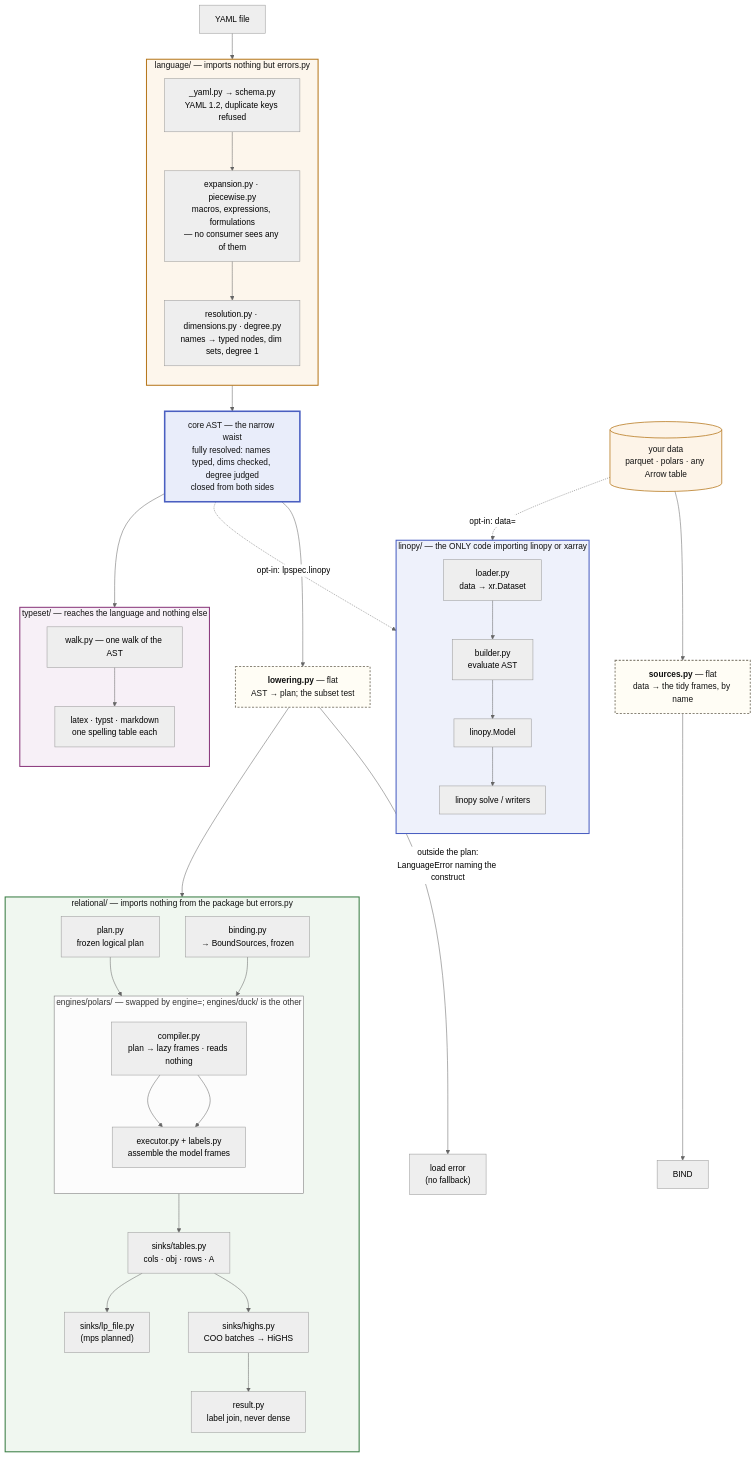
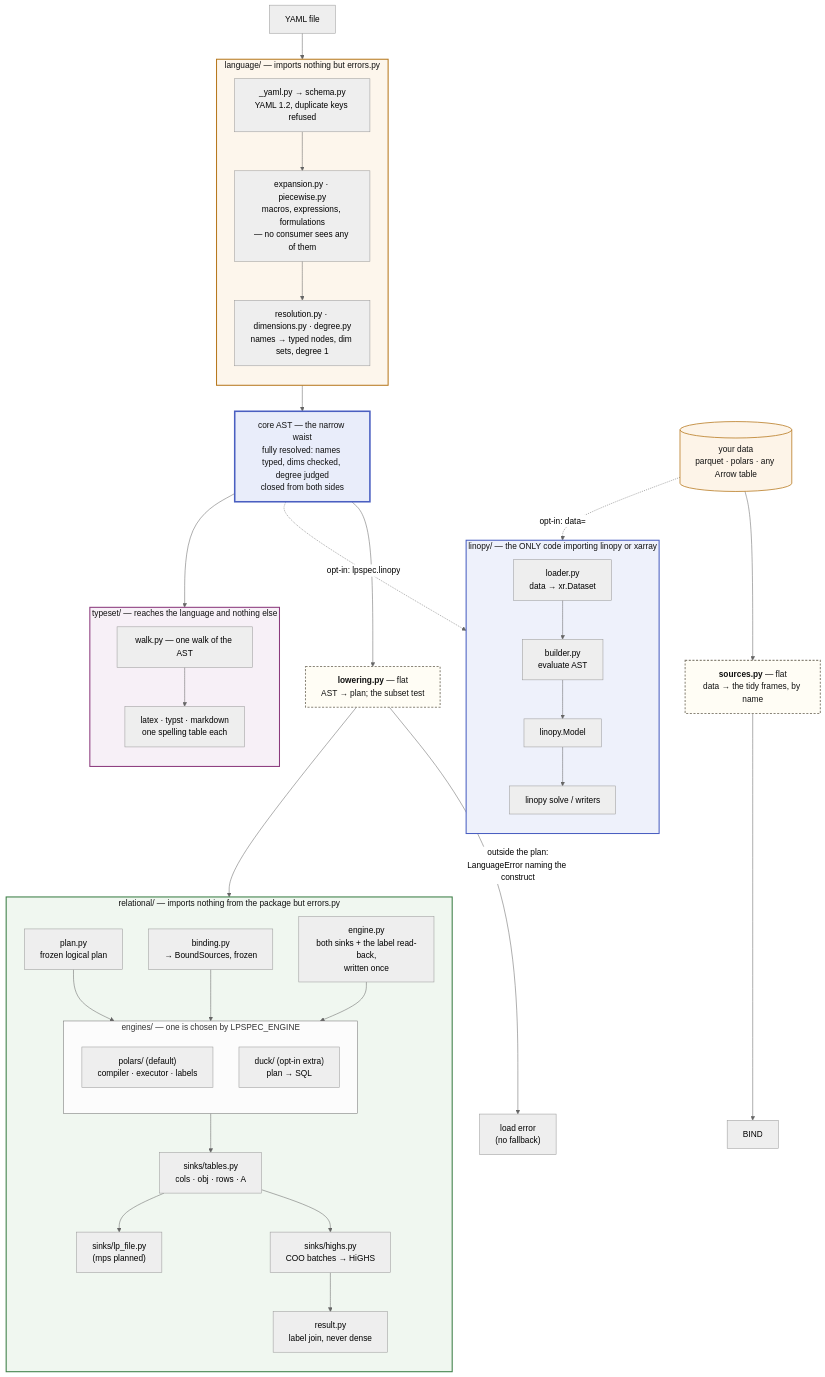
One commit to FBumann/farkas changed the first of 2 diagrams in docs/ARCHITECTURE.md. Above: the diagram before and after it, drawn with Mermaid (neutral theme). The commit also changed other lines of this file and 3 other files, not shown here.

````diff
--- a/docs/ARCHITECTURE.md
+++ b/docs/ARCHITECTURE.md
@@ -47,68 +47,69 @@
 ```mermaid
 flowchart TB
     Y[YAML file] --> LANG
 
     subgraph LANG["language/ — imports nothing but errors.py"]
         direction TB
         SCHEMA["_yaml.py → schema.py<br/>YAML 1.2, duplicate keys refused"]
         SCHEMA --> EXPAND["expansion.py · piecewise.py<br/>macros, expressions, formulations<br/>— no consumer sees any of them"]
         EXPAND --> RESOLVE["resolution.py · dimensions.py · degree.py<br/>names → typed nodes, dim sets, degree 1"]
     end
 
     LANG --> AST["core AST — the narrow waist<br/>fully resolved: names typed, dims checked, degree judged<br/>closed from both sides"]
 
     AST --> LOWER
     AST --> WALK
     AST -.->|"opt-in: lpspec.linopy"| BUILD
 
     DATA[("your data<br/>parquet · polars · any Arrow table")] --> SRC
     DATA -.->|"opt-in: data="| LOAD
 
     LOWER["<b>lowering.py</b> — flat<br/>AST → plan; the subset test"]
     SRC["<b>sources.py</b> — flat<br/>data → the tidy frames, by name"]
 
     LOWER --> PLAN
     SRC --> BIND
     LOWER -->|"outside the plan:<br/>LanguageError naming the construct"| ERR["load error<br/>(no fallback)"]
 
     subgraph REL["relational/ — imports nothing from the package but errors.py"]
         direction TB
         PLAN["plan.py<br/>frozen logical plan"] --> ENG
         BINDP["binding.py<br/>→ BoundSources, frozen"] --> ENG
-        subgraph ENG["engines/polars/ — swapped by engine=; engines/duck/ is the other"]
+        ENGB["engine.py<br/>both sinks + the label read-back,<br/>written once"] --> ENG
+        subgraph ENG["engines/ — one is chosen by LPSPEC_ENGINE"]
             direction TB
-            COMP["compiler.py<br/>plan → lazy frames · reads nothing"] --> EXEC
-            COMP --> EXEC["executor.py + labels.py<br/>assemble the model frames"]
+            POL["polars/ (default)<br/>compiler · executor · labels"]
+            DUCK["duck/ (opt-in extra)<br/>plan → SQL"]
         end
         ENG --> TABLES["sinks/tables.py<br/>cols · obj · rows · A"]
         TABLES --> LPS["sinks/lp_file.py<br/>(mps planned)"]
         TABLES --> DIRECT["sinks/highs.py<br/>COO batches → HiGHS"]
         DIRECT --> SOL["result.py<br/>label join, never dense"]
     end
 
     subgraph TS["typeset/ — reaches the language and nothing else"]
         direction TB
         WALK["walk.py — one walk of the AST"] --> FMT["latex · typst · markdown<br/>one spelling table each"]
     end
 
     subgraph EAGER["linopy/ — the ONLY code importing linopy or xarray"]
         direction TB
         LOAD["loader.py<br/>data → xr.Dataset"] --> BUILD["builder.py<br/>evaluate AST"]
         BUILD --> MODEL[linopy.Model] --> SOLVE["linopy solve / writers"]
     end
 
     classDef laneL fill:#fdf6ec,stroke:#b7791f,stroke-width:2px,color:#111
     classDef laneR fill:#f0f7f0,stroke:#3a7d44,stroke-width:2px,color:#111
     classDef laneE fill:#eef1fb,stroke:#4a5fc1,stroke-width:2px,color:#111
     classDef laneT fill:#f7f0f7,stroke:#8b3a7d,stroke-width:2px,color:#111
     classDef waist fill:#e9edfa,stroke:#4a5fc1,stroke-width:3px,color:#111
     classDef flat fill:#fffdf5,stroke:#8a8578,stroke-width:2px,stroke-dasharray:4 3,color:#111
     classDef data fill:#fdf4e8,stroke:#b7791f,stroke-width:1.5px,color:#111
     class LANG laneL
     class REL laneR
     class EAGER laneE
     class TS laneT
     class AST waist
     class LOWER,SRC flat
     class DATA data
 ```
````
